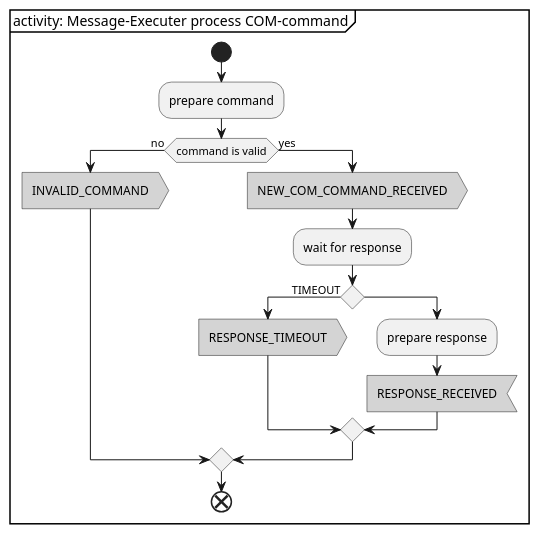
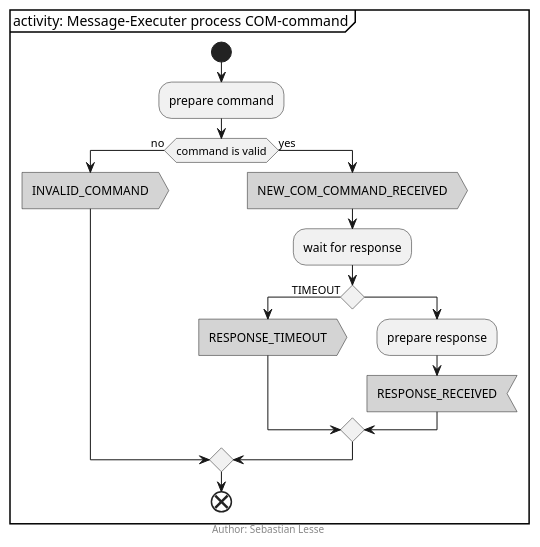
Before and after one commit to smuuze/rpi_control_frmwrk: the diagram in uml/modules/message_executer/message_executer_ACTIVITY_process_com_command.wsd, drawn with PlantUML. The commit also changed 9 other files, not shown here.

Commit message:
MOD: some uml diagrams

```diff
--- a/uml/modules/message_executer/message_executer_ACTIVITY_process_com_command.wsd
+++ b/uml/modules/message_executer/message_executer_ACTIVITY_process_com_command.wsd
@@ -1,29 +1,32 @@
 @startuml
 
 skinparam monochrome true
 
 partition "activity: Message-Executer process COM-command" {
 start
 
 :prepare command;
 
 if (command is valid) then (no)
 	#pink:INVALID_COMMAND>
 
 else (yes)
 
 	#pink:NEW_COM_COMMAND_RECEIVED>
 	:wait for response;
 
 	if () then (TIMEOUT)
 		#pink:RESPONSE_TIMEOUT>
 	else ()
 		:prepare response;
 		#pink:RESPONSE_RECEIVED<
 	endif
 endif
 
 end
 
 }
+
+footer Author: Sebastian Lesse
+
 @enduml
```
